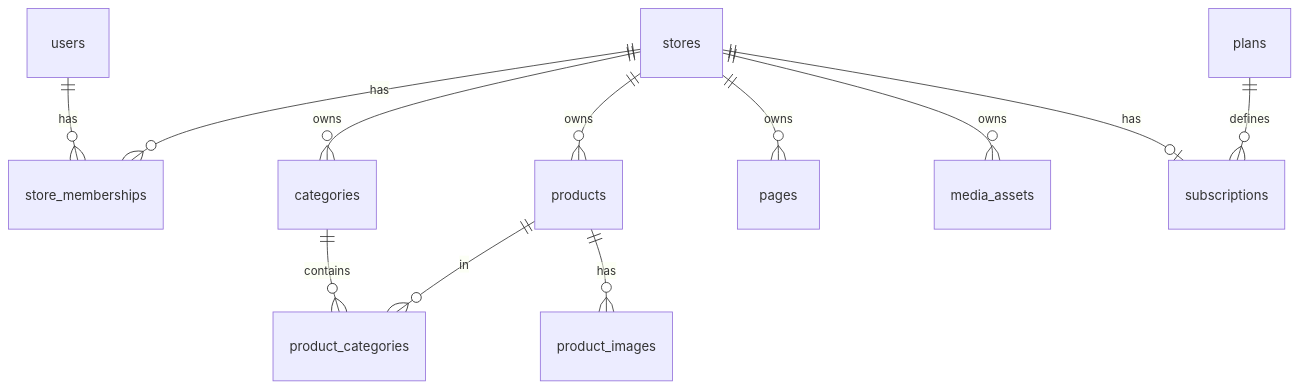
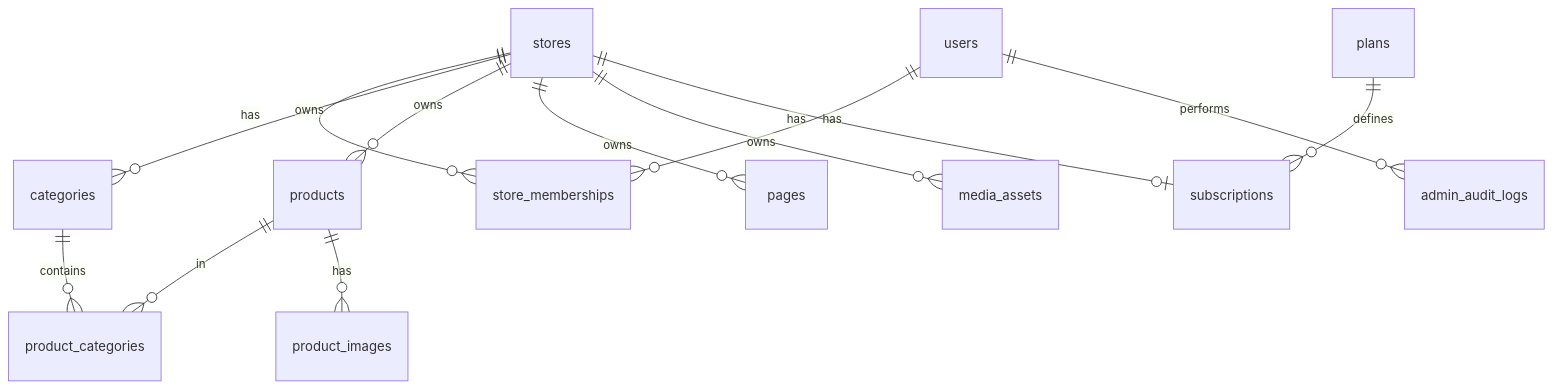
One commit to TharinduWijayarathna/store2web changed the diagram in docs/data-model.md. Above: the diagram before and after it, drawn with Mermaid. The commit also changed other lines of this file and 7 other files, not shown here.

````diff
--- a/docs/data-model.md
+++ b/docs/data-model.md
@@ -61,14 +62,15 @@
 ```mermaid
 erDiagram
   users ||--o{ store_memberships : has
   stores ||--o{ store_memberships : has
   stores ||--o{ categories : owns
   stores ||--o{ products : owns
   stores ||--o{ pages : owns
   stores ||--o{ media_assets : owns
   products ||--o{ product_categories : in
   categories ||--o{ product_categories : contains
   products ||--o{ product_images : has
   stores ||--o| subscriptions : has
   plans ||--o{ subscriptions : defines
+  users ||--o{ admin_audit_logs : performs
 ```
````
